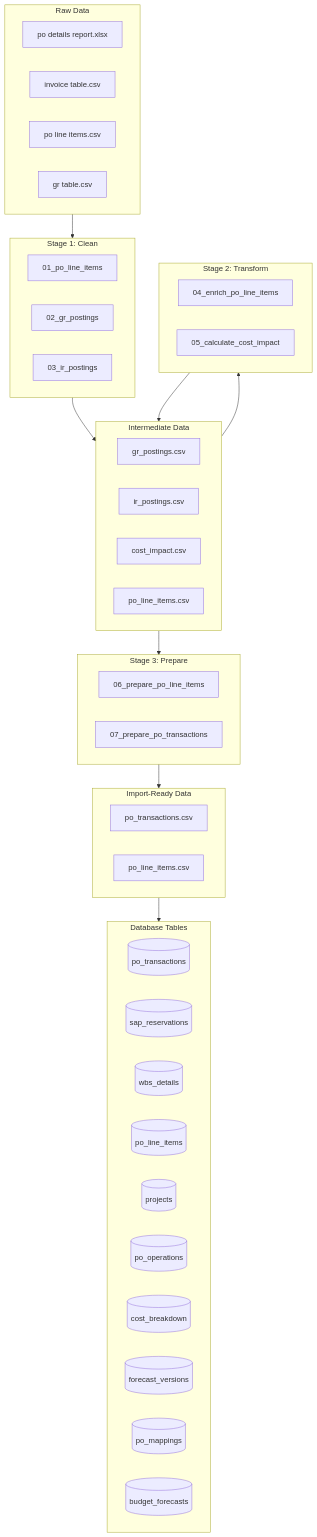
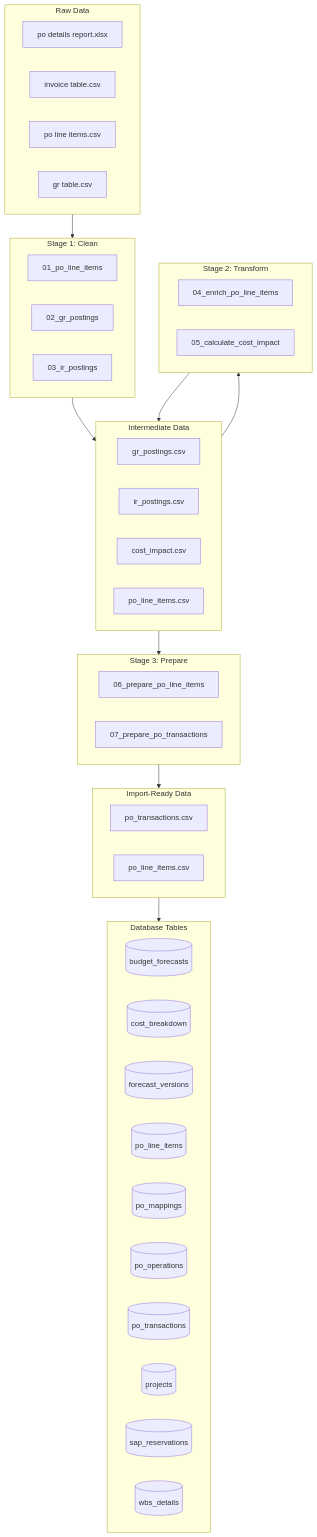
The first of 2 diagrams in pipeline-map.md (ihabwahbi/cost-management-db), drawn with Mermaid before and after one commit. The commit also changed other lines of this file and 24 other files, not shown here.

````diff
--- a/pipeline-map.md
+++ b/pipeline-map.md
@@ -7,59 +7,59 @@
 ```mermaid
 flowchart TD
     subgraph RAW["Raw Data"]
         raw_0["po details report.xlsx"]
         raw_1["invoice table.csv"]
         raw_2["po line items.csv"]
         raw_3["gr table.csv"]
     end
 
     subgraph STAGE1["Stage 1: Clean"]
         01_po_line_items["01_po_line_items"]
         02_gr_postings["02_gr_postings"]
         03_ir_postings["03_ir_postings"]
     end
 
     subgraph INTERMEDIATE["Intermediate Data"]
         int_0["gr_postings.csv"]
         int_1["ir_postings.csv"]
         int_2["cost_impact.csv"]
         int_3["po_line_items.csv"]
     end
 
     subgraph STAGE2["Stage 2: Transform"]
         04_enrich_po_line_items["04_enrich_po_line_items"]
         05_calculate_cost_impact["05_calculate_cost_impact"]
     end
 
     subgraph STAGE3["Stage 3: Prepare"]
         06_prepare_po_line_items["06_prepare_po_line_items"]
         07_prepare_po_transactions["07_prepare_po_transactions"]
     end
 
     subgraph IMPORTREADY["Import-Ready Data"]
         ready_0["po_transactions.csv"]
         ready_1["po_line_items.csv"]
     end
 
     subgraph DB["Database Tables"]
+        db_budget_forecasts[("budget_forecasts")]
+        db_cost_breakdown[("cost_breakdown")]
+        db_forecast_versions[("forecast_versions")]
+        db_po_line_items[("po_line_items")]
+        db_po_mappings[("po_mappings")]
+        db_po_operations[("po_operations")]
         db_po_transactions[("po_transactions")]
+        db_projects[("projects")]
         db_sap_reservations[("sap_reservations")]
         db_wbs_details[("wbs_details")]
-        db_po_line_items[("po_line_items")]
-        db_projects[("projects")]
-        db_po_operations[("po_operations")]
-        db_cost_breakdown[("cost_breakdown")]
-        db_forecast_versions[("forecast_versions")]
-        db_po_mappings[("po_mappings")]
-        db_budget_forecasts[("budget_forecasts")]
     end
 
     %% Data Flow Connections
     RAW --> STAGE1
     STAGE1 --> INTERMEDIATE
     INTERMEDIATE --> STAGE2
     STAGE2 --> INTERMEDIATE
     INTERMEDIATE --> STAGE3
     STAGE3 --> IMPORTREADY
     IMPORTREADY --> DB
 ```
````
